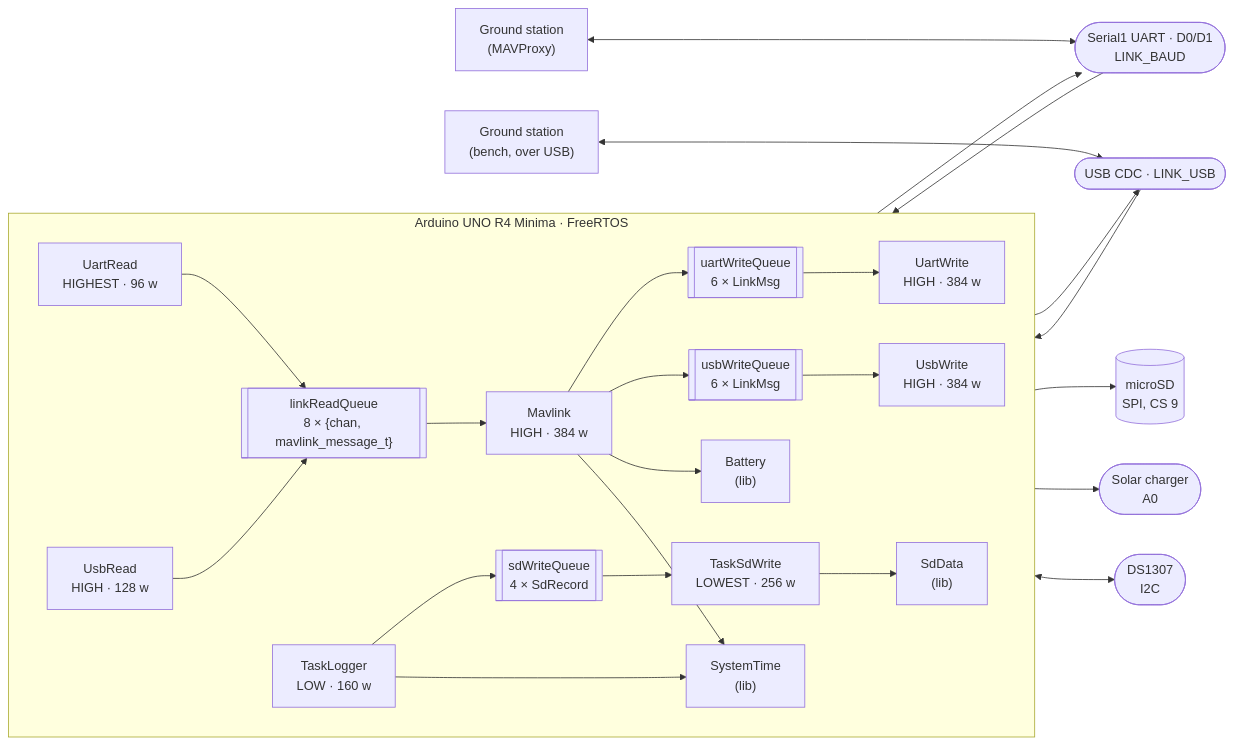
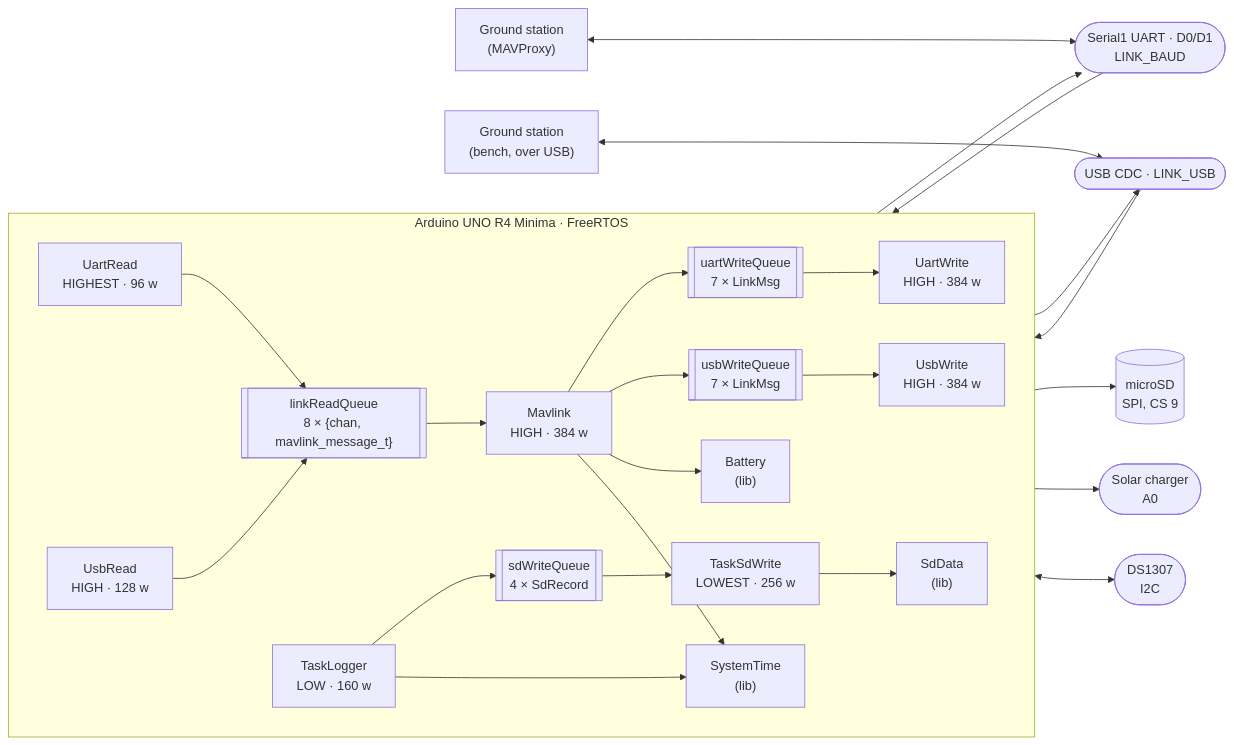
Before and after one commit to hectorespert/BoredomOS: the diagram in ARCHITECTURE.md, drawn with Mermaid. The commit also changed other lines of this file and 12 other files, not shown here.

````diff
--- a/ARCHITECTURE.md
+++ b/ARCHITECTURE.md
@@ -31,53 +31,53 @@
 ```mermaid
 flowchart LR
     GCS["Ground station<br/>(MAVProxy)"]
 
     subgraph board["Arduino UNO R4 Minima · FreeRTOS"]
         direction LR
 
         UR["UartRead<br/>HIGHEST · 96 w"]
         UW["UartWrite<br/>HIGH · 384 w"]
         BR["UsbRead<br/>HIGH · 128 w"]
         BW["UsbWrite<br/>HIGH · 384 w"]
         MV["Mavlink<br/>HIGH · 384 w"]
         LG["TaskLogger<br/>LOW · 160 w"]
         SDW["TaskSdWrite<br/>LOWEST · 256 w"]
 
         RQ[["linkReadQueue<br/>8 × {chan, mavlink_message_t}"]]
-        UWQ[["uartWriteQueue<br/>6 × LinkMsg"]]
-        BWQ[["usbWriteQueue<br/>6 × LinkMsg"]]
+        UWQ[["uartWriteQueue<br/>7 × LinkMsg"]]
+        BWQ[["usbWriteQueue<br/>7 × LinkMsg"]]
         DQ[["sdWriteQueue<br/>4 × SdRecord"]]
 
         BAT["Battery<br/>(lib)"]
         ST["SystemTime<br/>(lib)"]
         SDD["SdData<br/>(lib)"]
     end
 
     LINK(["Serial1 UART · D0/D1<br/>LINK_BAUD"])
     USB(["USB CDC · LINK_USB"])
     CARD[("microSD<br/>SPI, CS 9")]
     ADC(["Solar charger<br/>A0"])
     RTC(["DS1307<br/>I2C"])
 
     GCS <--> LINK
     GCS2["Ground station<br/>(bench, over USB)"] <--> USB
 
     LINK --> UR
     UW --> LINK
     USB --> BR
     BW --> USB
 
     UR --> RQ
     BR --> RQ
     RQ --> MV
     MV --> UWQ --> UW
     MV --> BWQ --> BW
 
     LG --> DQ --> SDW
     SDW --> SDD --> CARD
 
     MV --> BAT --> ADC
     MV --> ST
     LG --> ST
     ST <--> RTC
 ```
````
